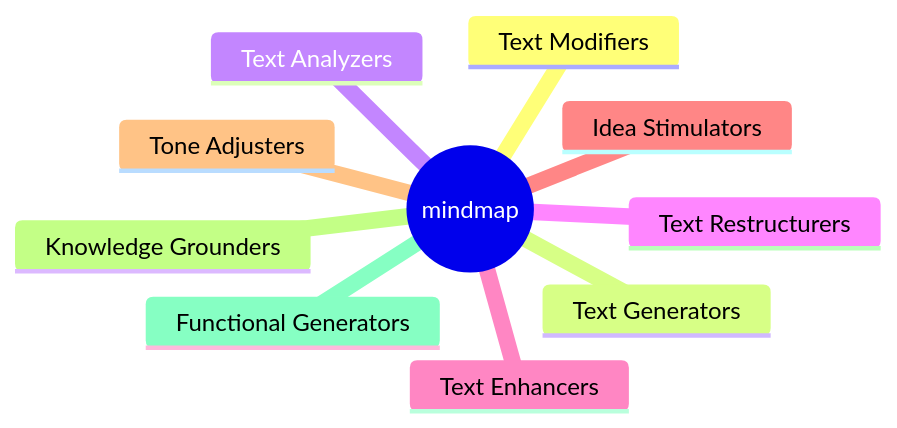
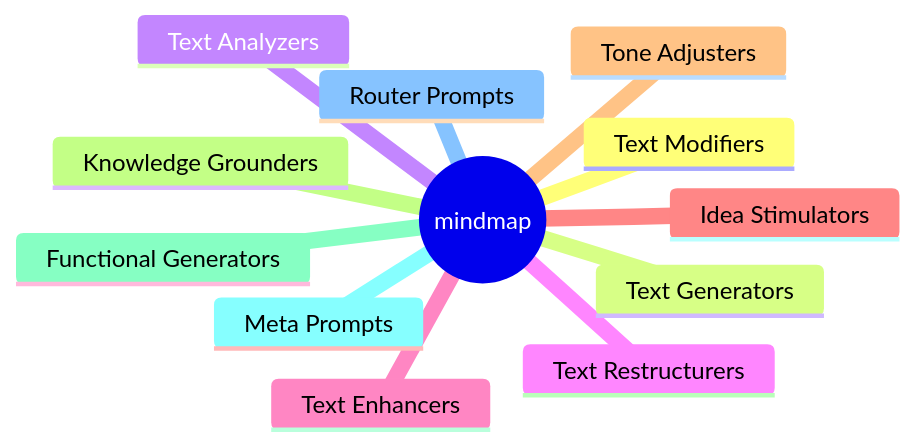
The second of 11 diagrams in 01-articles/prompt_engineering_patterns/README.md (raphaelmansuy/digital_palace), drawn with Mermaid before and after one commit. The commit also changed other lines of this file, not shown here.

Commit message:
Update README.md with version 1.0.1 and add meta and router prompts

````diff
--- a/01-articles/prompt_engineering_patterns/README.md
+++ b/01-articles/prompt_engineering_patterns/README.md
@@ -55,13 +55,15 @@
 ```mermaid
 mindmap
   root((mindmap))
     Text Modifiers
     Text Generators
     Text Analyzers
     Text Restructurers
     Text Enhancers
     Idea Stimulators
     Tone Adjusters
     Knowledge Grounders
     Functional Generators
+    Meta Prompts
+    Router Prompts
 ```
````
